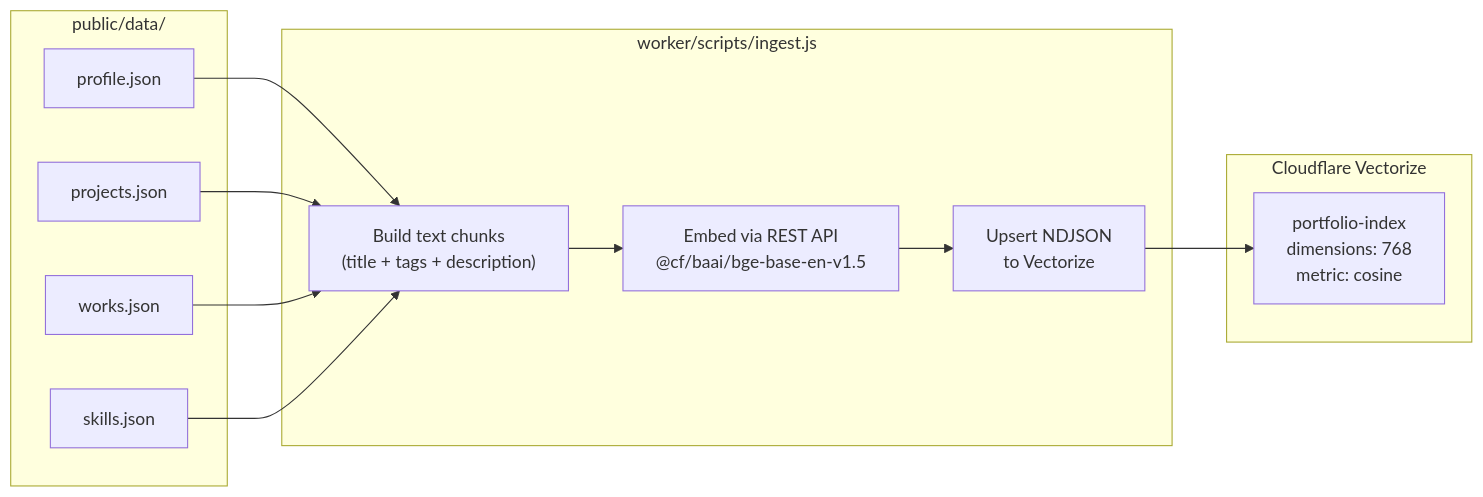
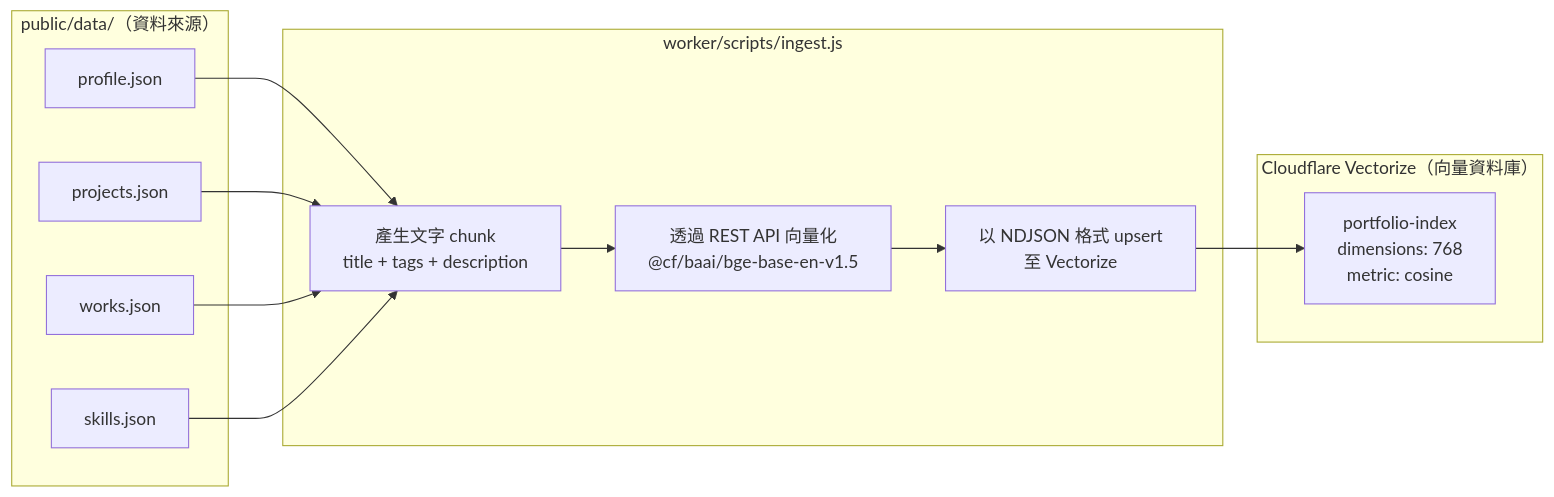
The sixth of 7 diagrams in docs/architecture.md (a920604a/self-reusme-website), drawn with Mermaid before and after one commit. The commit also changed other lines of this file, not shown here.

Commit message:
feat: enhance architecture documentation with detailed component diagrams and data flow

````diff
--- a/docs/architecture.md
+++ b/docs/architecture.md
@@ -137,21 +137,21 @@
 ```mermaid
 flowchart LR
-    subgraph Source["public/data/"]
+    subgraph Source["public/data/（資料來源）"]
         P["profile.json"]
         PR["projects.json"]
         W["works.json"]
         S["skills.json"]
     end
 
     subgraph Script["worker/scripts/ingest.js"]
-        CHUNK["Build text chunks\n(title + tags + description)"]
-        EMBED["Embed via REST API\n@cf/baai/bge-base-en-v1.5"]
-        UPSERT["Upsert NDJSON\nto Vectorize"]
+        CHUNK["產生文字 chunk\ntitle + tags + description"]
+        EMBED["透過 REST API 向量化\n@cf/baai/bge-base-en-v1.5"]
+        UPSERT["以 NDJSON 格式 upsert\n至 Vectorize"]
     end
 
-    subgraph VZ["Cloudflare Vectorize"]
+    subgraph VZ["Cloudflare Vectorize（向量資料庫）"]
         IDX["portfolio-index\ndimensions: 768\nmetric: cosine"]
     end
 
     P & PR & W & S --> CHUNK --> EMBED --> UPSERT --> IDX
 ```
````
